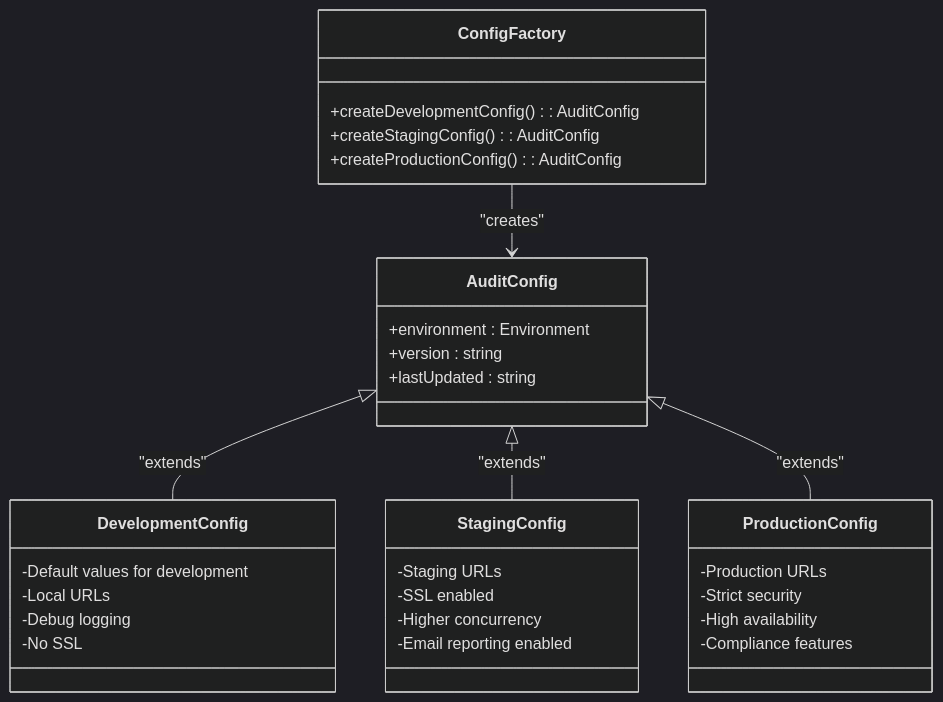
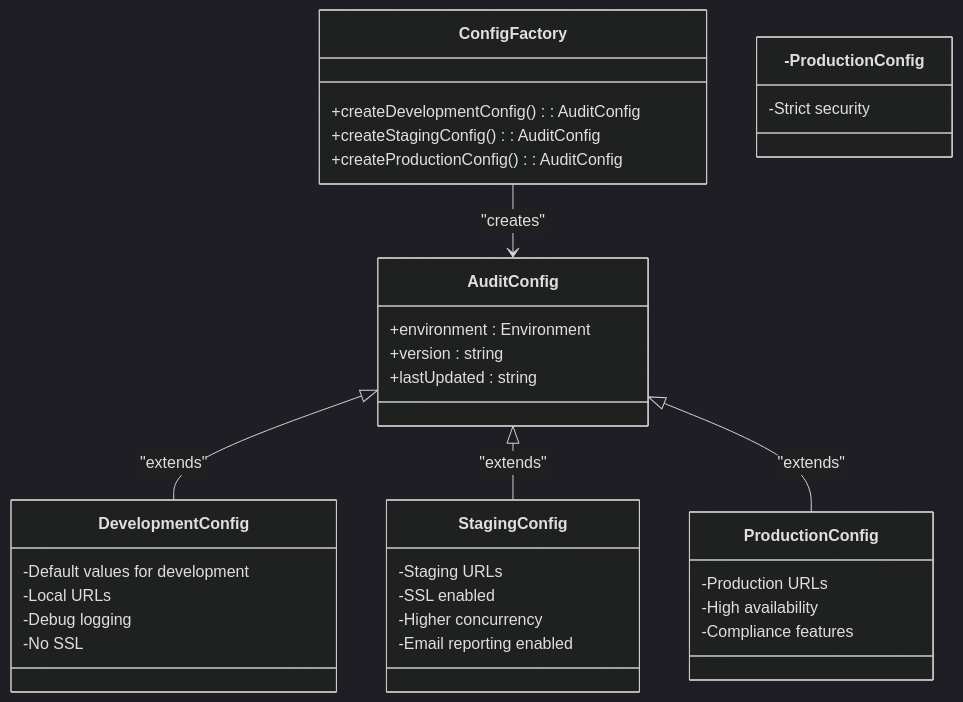
One commit to smedrec/smart-logs changed the fourth of 13 diagrams in .qoder/repowiki/en/content/Audit Core System/Configuration Management/Configuration Management.md. Above: the diagram before and after it, drawn with Mermaid (dark theme). The commit also changed other lines of this file and 28 other files, not shown here.

````diff
--- a/.qoder/repowiki/en/content/Audit Core System/Configuration Management/Configuration Management.md
+++ b/.qoder/repowiki/en/content/Audit Core System/Configuration Management/Configuration Management.md
@@ -217,29 +216,29 @@
 ```mermaid
 classDiagram
 class ConfigFactory {
 +createDevelopmentConfig() : AuditConfig
 +createStagingConfig() : AuditConfig
 +createProductionConfig() : AuditConfig
 }
 class AuditConfig {
 +environment : Environment
 +version : string
 +lastUpdated : string
 }
 ConfigFactory --> AuditConfig : "creates"
 AuditConfig <|-- DevelopmentConfig : "extends"
 AuditConfig <|-- StagingConfig : "extends"
 AuditConfig <|-- ProductionConfig : "extends"
 DevelopmentConfig : -Default values for development
 DevelopmentConfig : -Local URLs
 DevelopmentConfig : -Debug logging
 DevelopmentConfig : -No SSL
 StagingConfig : -Staging URLs
 StagingConfig : -SSL enabled
 StagingConfig : -Higher concurrency
 StagingConfig : -Email reporting enabled
 ProductionConfig : -Production URLs
-ProductionConfig : -Strict security
+-ProductionConfig : -Strict security
 ProductionConfig : -High availability
 ProductionConfig : -Compliance features
 ```
````
